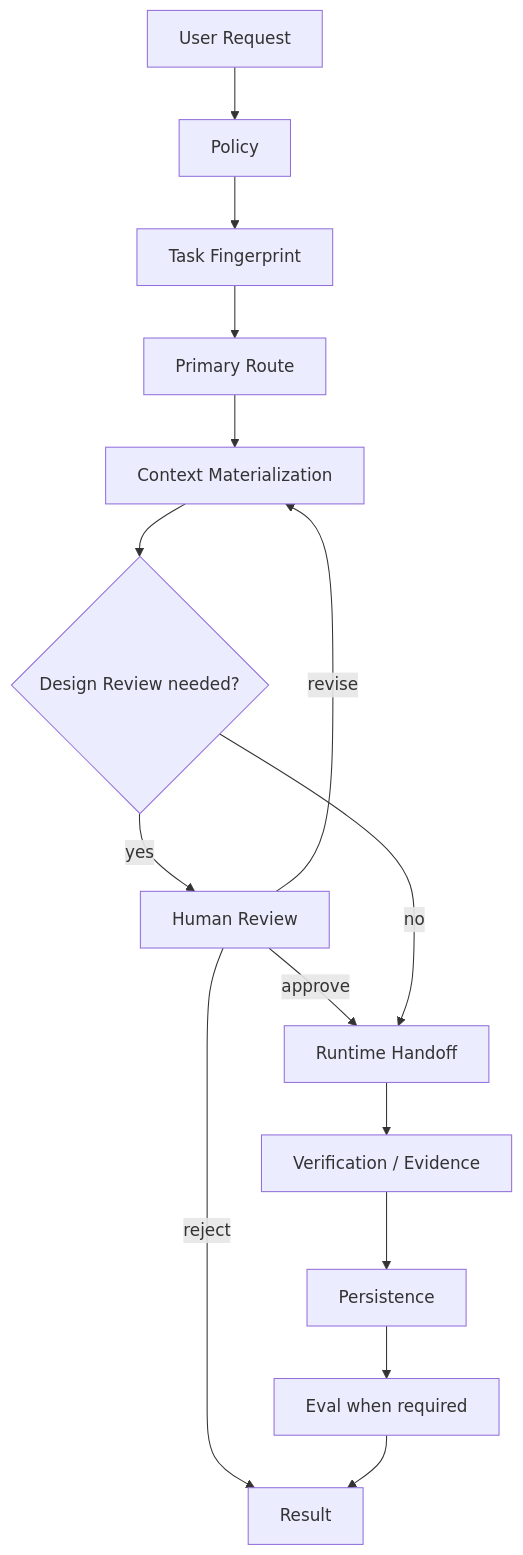
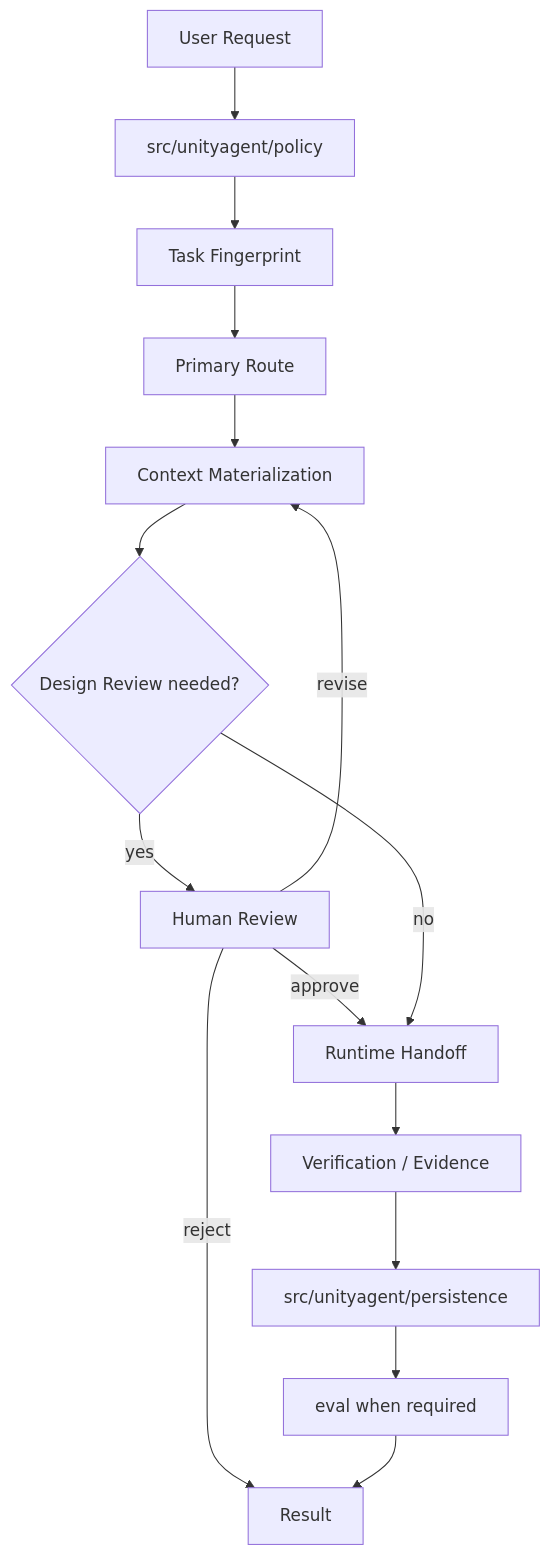
One commit to DarumaPPAP/UnityAgent changed the second of 5 diagrams in docs/architecture/architecture.md. Above: the diagram before and after it, drawn with Mermaid. The commit also changed other lines of this file and 1025 other files, not shown here.

````diff
--- a/docs/architecture/architecture.md
+++ b/docs/architecture/architecture.md
@@ -256,17 +256,17 @@
 ```mermaid
 flowchart TD
-    U[User Request] --> P[Policy]
+    U[User Request] --> P[src/unityagent/policy]
     P --> T[Task Fingerprint]
     T --> R[Primary Route]
     R --> C[Context Materialization]
     C --> D{Design Review needed?}
     D -->|yes| H[Human Review]
     H -->|approve| X[Runtime Handoff]
     H -->|revise| C
     H -->|reject| O[Result]
     D -->|no| X
     X --> V[Verification / Evidence]
-    V --> S[Persistence]
-    S --> E[Eval when required]
+    V --> S[src/unityagent/persistence]
+    S --> E[eval when required]
     E --> O
 ```
````
